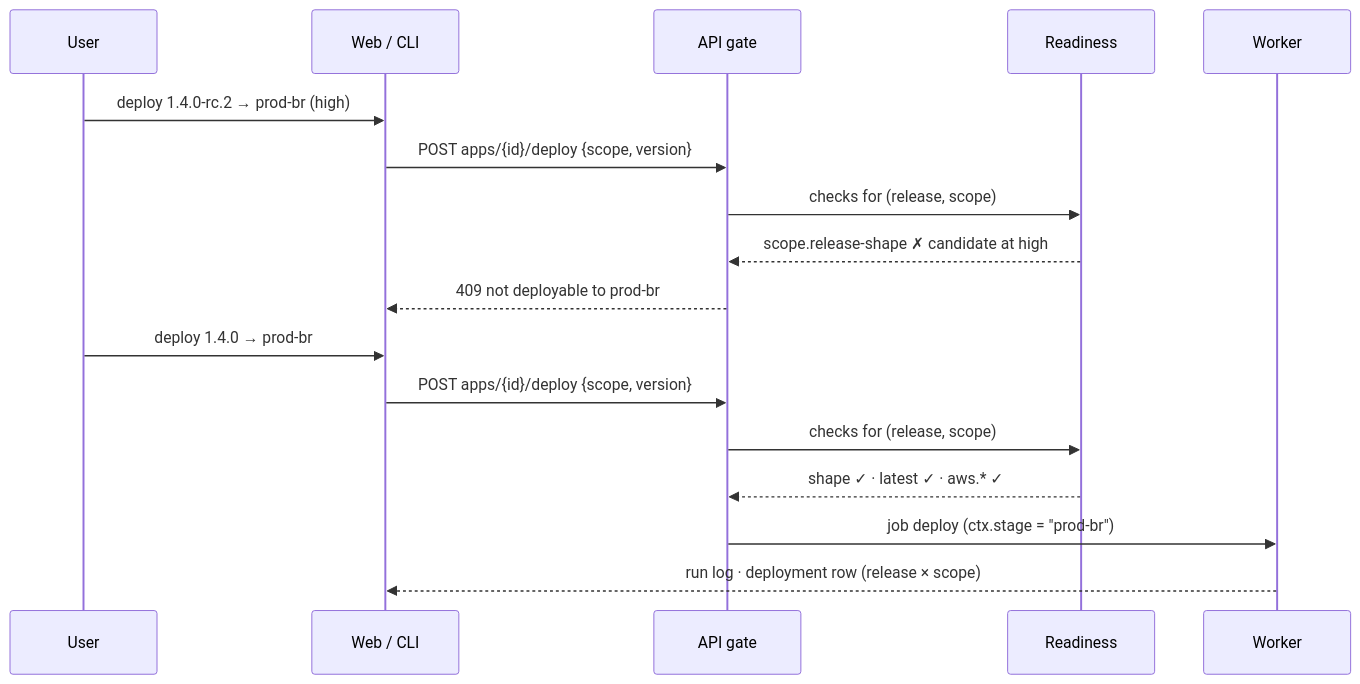
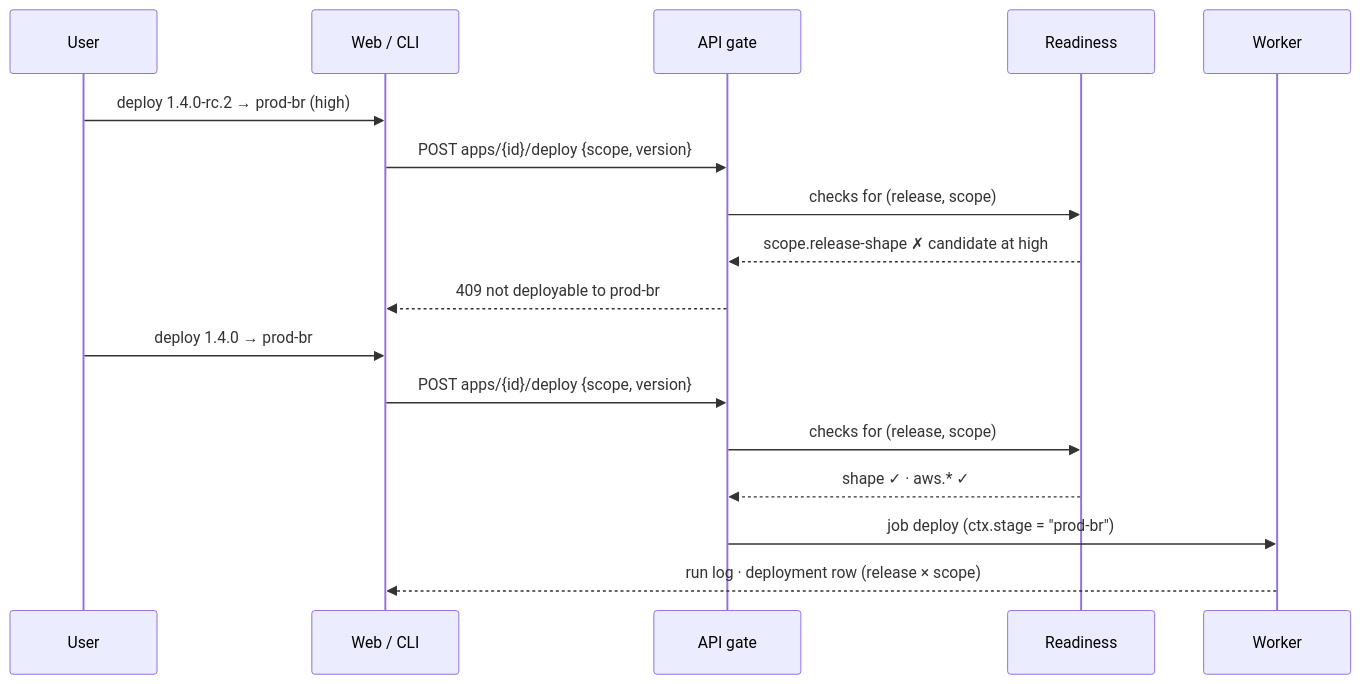
Before and after one commit to actionplatform/action-platform: the third of 5 diagrams in docs/concept_scopes.md, drawn with Mermaid. The commit also changed other lines of this file, not shown here.

Commit message:
docs(scopes): no latest left in prose or diagram

````diff
--- a/docs/concept_scopes.md
+++ b/docs/concept_scopes.md
@@ -105,19 +105,19 @@
 ```mermaid
 sequenceDiagram
     participant U as User
     participant W as Web / CLI
     participant A as API gate
     participant R as Readiness
     participant K as Worker
     U->>W: deploy 1.4.0-rc.2 → prod-br (high)
     W->>A: POST apps/{id}/deploy {scope, version}
     A->>R: checks for (release, scope)
     R-->>A: scope.release-shape ✗ candidate at high
     A-->>W: 409 not deployable to prod-br
     U->>W: deploy 1.4.0 → prod-br
     W->>A: POST apps/{id}/deploy {scope, version}
     A->>R: checks for (release, scope)
-    R-->>A: shape ✓ · latest ✓ · aws.* ✓
+    R-->>A: shape ✓ · aws.* ✓
     A->>K: job deploy (ctx.stage = "prod-br")
     K-->>W: run log · deployment row (release × scope)
 ```
````
